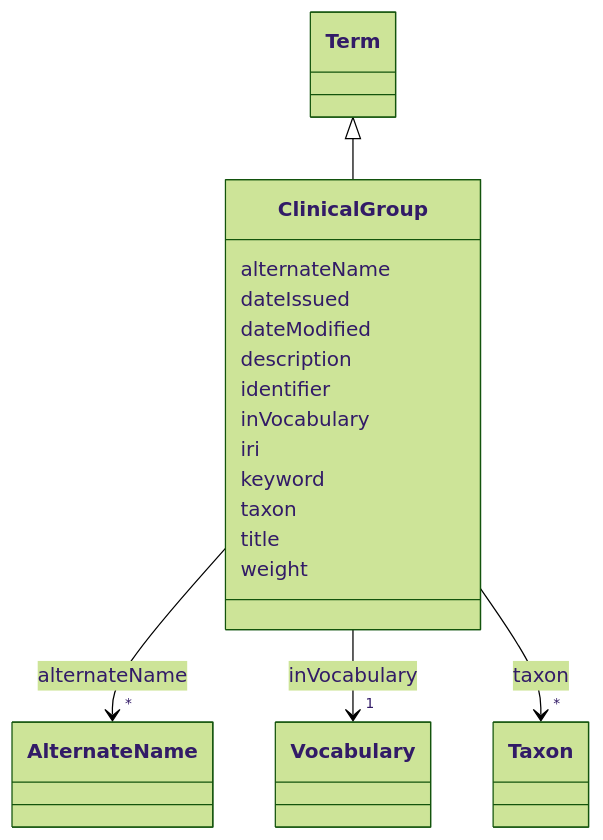
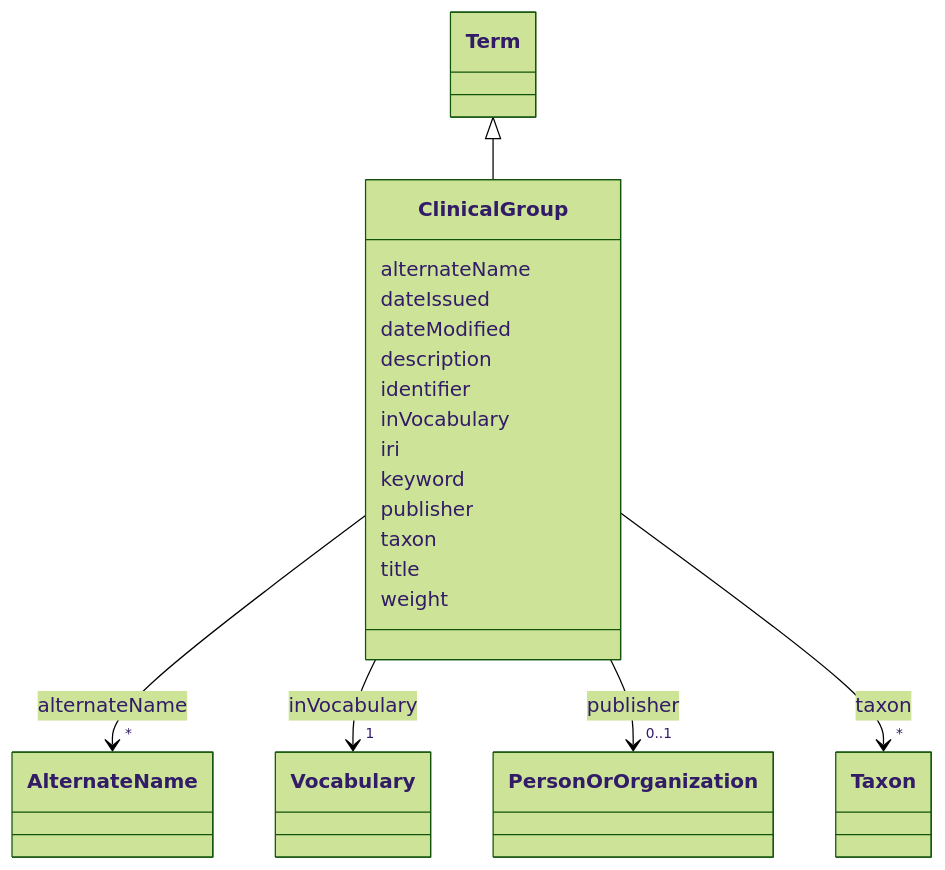
Before and after one commit to EVORA-project/evora-ontology: the diagram in models/docs/ClinicalGroup.md, drawn with Mermaid (forest theme). The commit also changed other lines of this file and 468 other files, not shown here.

````diff
--- a/models/docs/ClinicalGroup.md
+++ b/models/docs/ClinicalGroup.md
@@ -19,52 +19,61 @@
 ```mermaid
  classDiagram
     class ClinicalGroup
     click ClinicalGroup href "../ClinicalGroup"
       Term <|-- ClinicalGroup
         click Term href "../Term"
       
       ClinicalGroup : alternateName
         
           
     
     
     ClinicalGroup --> "*" AlternateName : alternateName
     click AlternateName href "../AlternateName"
 
         
       ClinicalGroup : dateIssued
         
       ClinicalGroup : dateModified
         
       ClinicalGroup : description
         
       ClinicalGroup : identifier
         
       ClinicalGroup : inVocabulary
         
           
     
     
     ClinicalGroup --> "1" Vocabulary : inVocabulary
     click Vocabulary href "../Vocabulary"
 
         
       ClinicalGroup : iri
         
       ClinicalGroup : keyword
         
+      ClinicalGroup : publisher
+        
+          
+    
+    
+    ClinicalGroup --> "0..1" PersonOrOrganization : publisher
+    click PersonOrOrganization href "../PersonOrOrganization"
+
+        
       ClinicalGroup : taxon
         
           
     
     
     ClinicalGroup --> "*" Taxon : taxon
     click Taxon href "../Taxon"
 
         
       ClinicalGroup : title
         
       ClinicalGroup : weight
         
       
 ```
````
